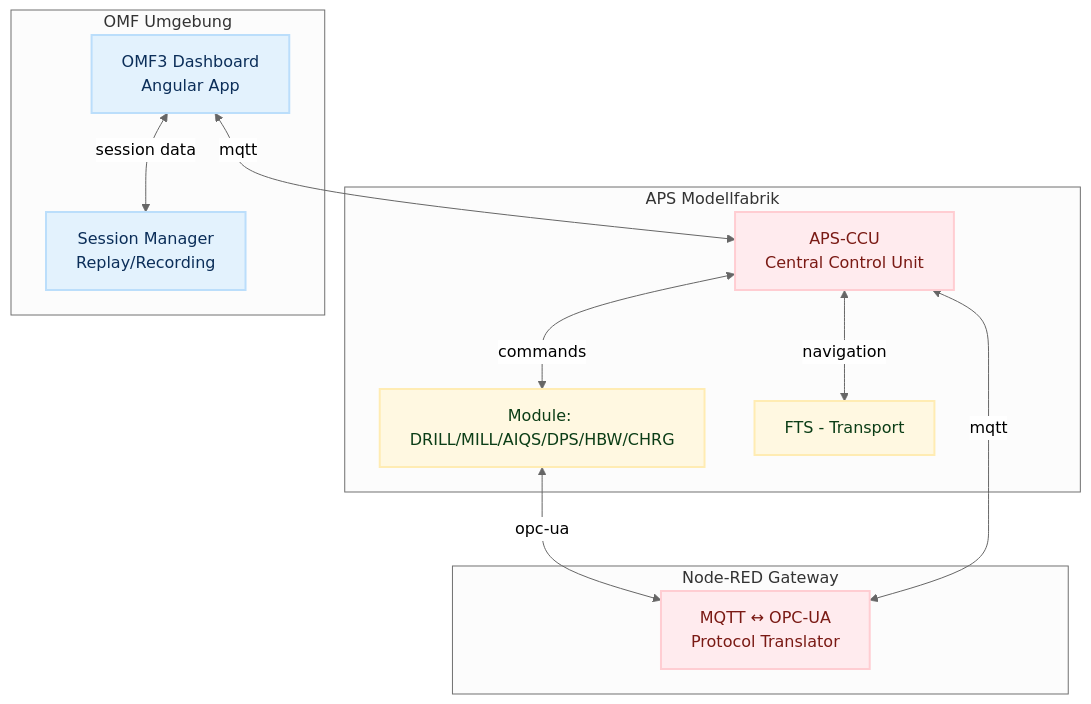
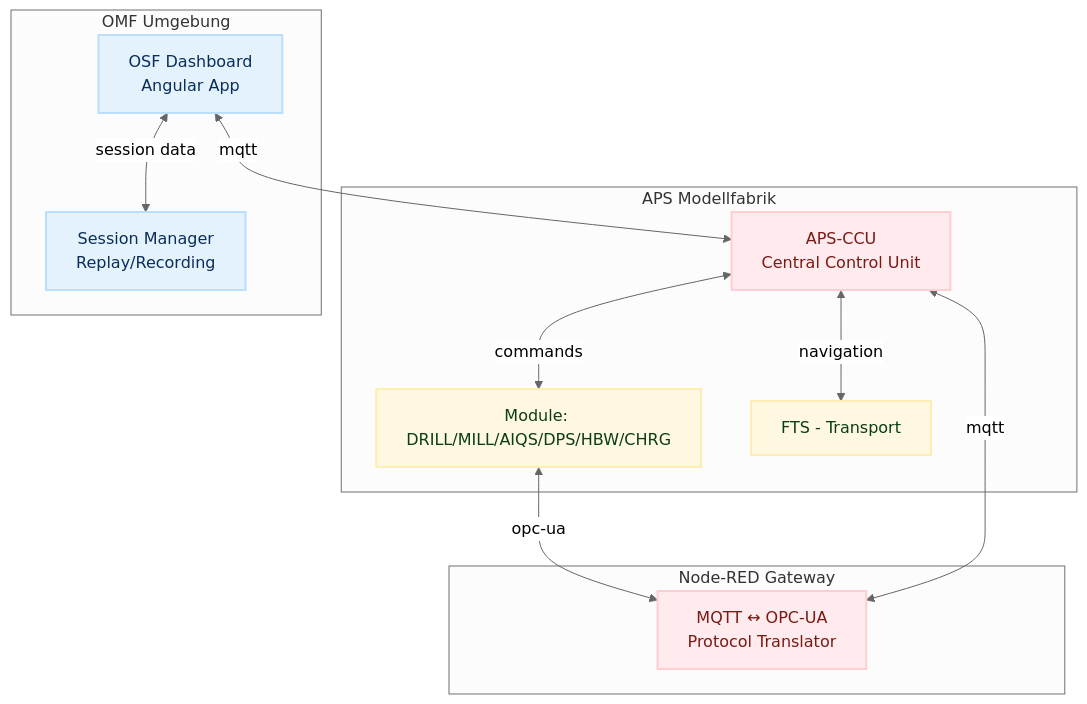
The diagram in docs/02-architecture/README.md (OliverBerger-ORBIS/ORBIS-Modellfabrik), drawn with Mermaid before and after one commit. The commit also changed other lines of this file and 22 other files, not shown here.

````diff
--- a/docs/02-architecture/README.md
+++ b/docs/02-architecture/README.md
@@ -46,30 +46,30 @@
 ```mermaid
 %%{init: {'theme':'neutral'}}%%
 flowchart TD
 classDef orbis fill:#e3f2fd,stroke:#bbdefb,stroke-width:2px,color:#0b2e59;
 classDef fthardware fill:#fff8e1,stroke:#ffecb3,stroke-width:2px,color:#0b3d16;
 classDef ftsoftware fill:#ffebee,stroke:#ffcdd2,stroke-width:2px,color:#7a1a14;
 classDef external fill:#f5f5f5,stroke:#e0e0e0,stroke-width:2px,color:#333;
 
   subgraph APS [APS Modellfabrik]
     CCU[APS-CCU<br/>Central Control Unit]:::ftsoftware
     MOD["Module: DRILL/MILL/AIQS/DPS/HBW/CHRG"]:::fthardware
     FTS["FTS - Transport"]:::fthardware
   end
 
   subgraph NodeRED [Node-RED Gateway]
     NR["MQTT ↔ OPC-UA<br/>Protocol Translator"]:::ftsoftware
   end
 
   subgraph OMF [OMF Umgebung]
-    DASH["OMF3 Dashboard<br/>Angular App"]:::orbis
+    DASH["OSF Dashboard<br/>Angular App"]:::orbis
     SM["Session Manager<br/>Replay/Recording"]:::orbis
   end
 
   CCU <-->|commands| MOD
   CCU <-->|navigation| FTS
   MOD <-->|opc-ua| NR
   CCU <-->|mqtt| NR
   DASH <-->|mqtt| CCU
   DASH <-->|session data| SM
 ```
````
